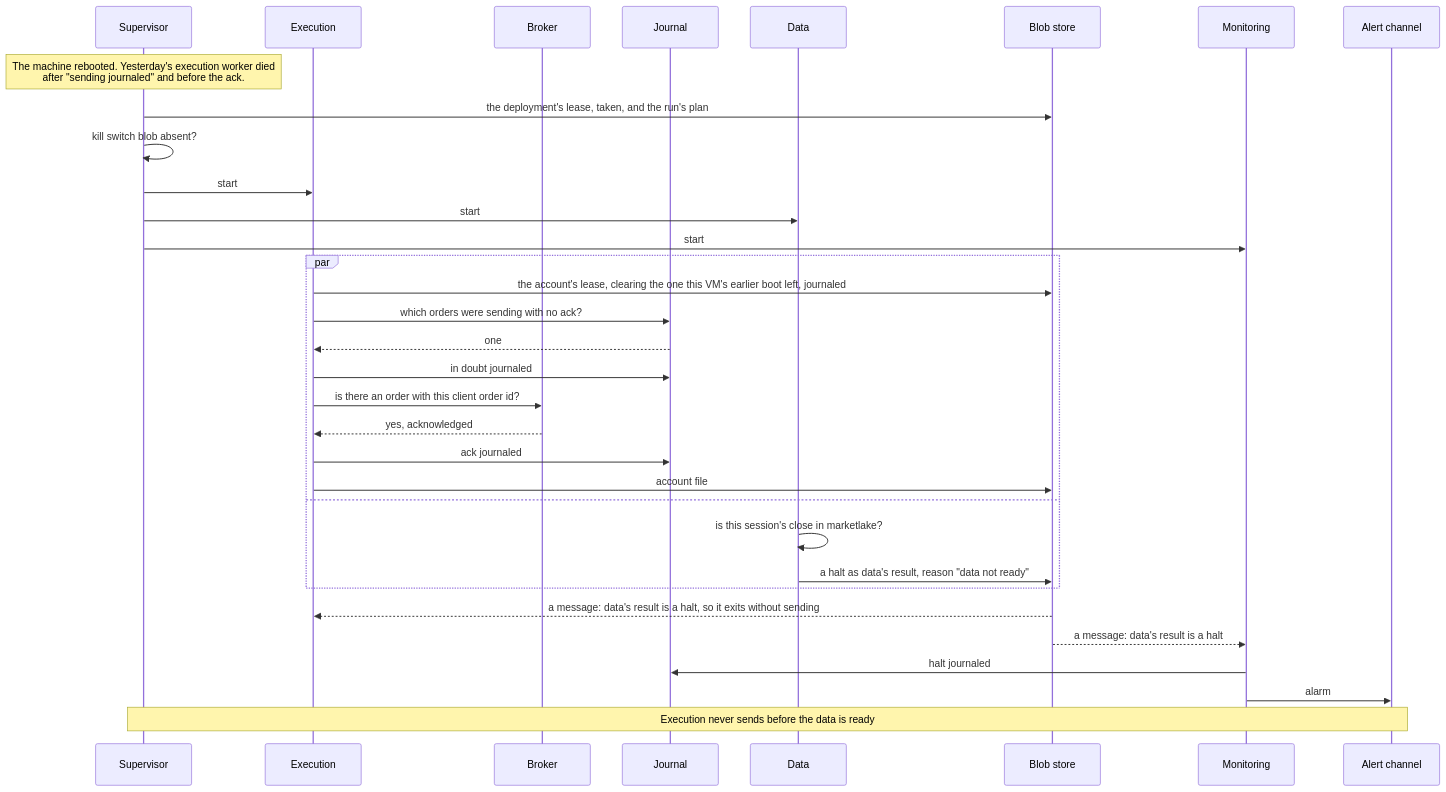
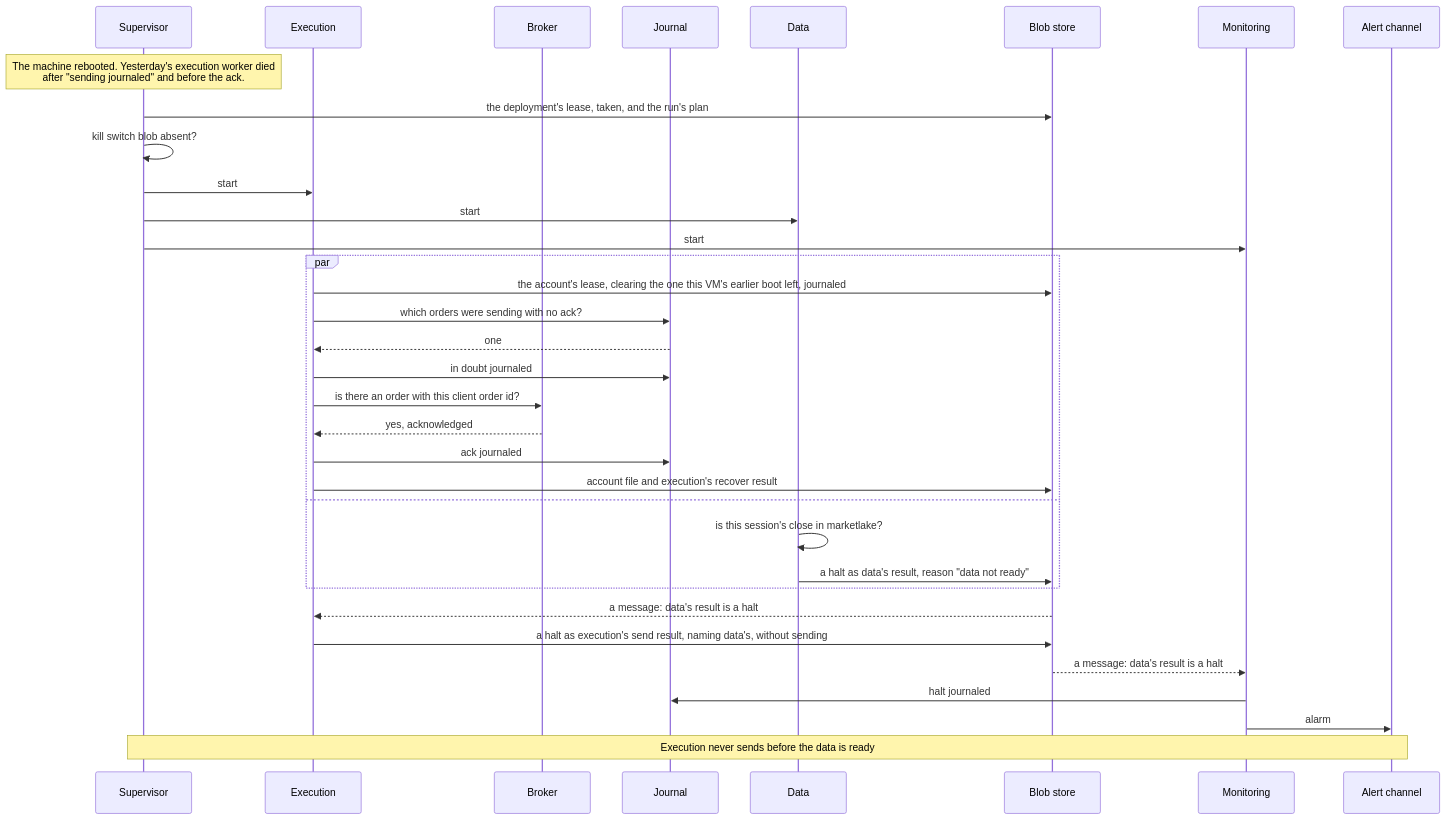
Before and after one commit to l3a0/ithildin-runtime: the sixth of 16 diagrams in docs/architecture.md, drawn with Mermaid. The commit also changed other lines of this file and 2 other files, not shown here.

````diff
--- a/docs/architecture.md
+++ b/docs/architecture.md
@@ -633,36 +634,37 @@
 ```mermaid
 sequenceDiagram
     participant V as Supervisor
     participant X as Execution
     participant B as Broker
     participant J as Journal
     participant D as Data
     participant F as Blob store
     participant M as Monitoring
     participant L as Alert channel
 
     Note over V: The machine rebooted. Yesterday's execution worker died<br/>after "sending journaled" and before the ack.
     V->>F: the deployment's lease, taken, and the run's plan
     V->>V: kill switch blob absent?
     V->>X: start
     V->>D: start
     V->>M: start
     par
         X->>F: the account's lease, clearing the one this VM's earlier boot left, journaled
         X->>J: which orders were sending with no ack?
         J-->>X: one
         X->>J: in doubt journaled
         X->>B: is there an order with this client order id?
         B-->>X: yes, acknowledged
         X->>J: ack journaled
-        X->>F: account file
+        X->>F: account file and execution's recover result
     and
         D->>D: is this session's close in marketlake?
         D->>F: a halt as data's result, reason "data not ready"
     end
-    F-->>X: a message: data's result is a halt, so it exits without sending
+    F-->>X: a message: data's result is a halt
+    X->>F: a halt as execution's send result, naming data's, without sending
     F-->>M: a message: data's result is a halt
     M->>J: halt journaled
     M->>L: alarm
     Note over V,L: Execution never sends before the data is ready
 ```
````
